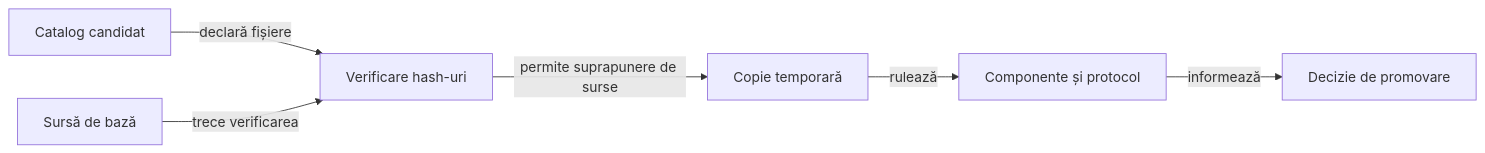
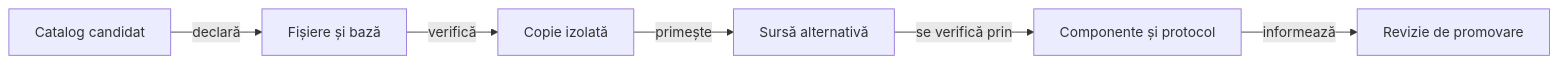
One commit to crististefanita/atf_j4 changed the diagram in research/ai-bid-models/README.md. Above: the diagram before and after it, drawn with Mermaid. The commit also changed other lines of this file and 30 other files, not shown here.

````diff
--- a/research/ai-bid-models/README.md
+++ b/research/ai-bid-models/README.md
@@ -9,8 +11,8 @@
 ```mermaid
 flowchart LR
-CAT[Catalog candidat] -->|declară fișiere| GUARD[Verificare hash-uri]
-BASE[Sursă de bază] -->|trece verificarea| GUARD
-GUARD -->|permite suprapunere de surse| TEMP[Copie temporară]
-TEMP -->|rulează| GATES[Componente și protocol]
-GATES -->|informează| REVIEW[Decizie de promovare]
+    CAT[Catalog candidat] -->|declară| GUARD[Fișiere și bază]
+    GUARD -->|verifică| COPY[Copie izolată]
+    COPY -->|primește| SOURCE[Sursă alternativă]
+    SOURCE -->|se verifică prin| GATES[Componente și protocol]
+    GATES -->|informează| REVIEW[Revizie de promovare]
 ```
````
